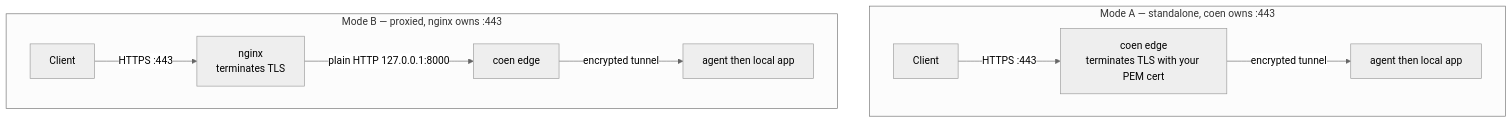
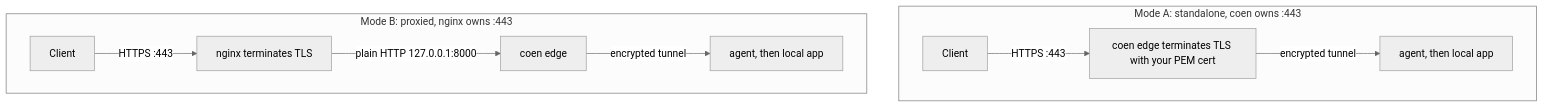
One commit to baspeters/coen changed the fourth of 4 diagrams in README.md. Above: the diagram before and after it, drawn with Mermaid (neutral theme). The commit also changed other lines of this file, not shown here.

````diff
--- a/README.md
+++ b/README.md
@@ -162,14 +152,14 @@
 ```mermaid
 flowchart TB
-    subgraph MA["Mode A — standalone, coen owns :443"]
+    subgraph MA["Mode A: standalone, coen owns :443"]
         direction LR
-        ca["Client"] -->|"HTTPS :443"| ea["coen edge<br/>terminates TLS with your PEM cert"]
-        ea -->|"encrypted tunnel"| aa["agent then local app"]
+        ca["Client"] -->|"HTTPS :443"| ea["coen edge terminates TLS with your PEM cert"]
+        ea -->|"encrypted tunnel"| aa["agent, then local app"]
     end
-    subgraph MB["Mode B — proxied, nginx owns :443"]
+    subgraph MB["Mode B: proxied, nginx owns :443"]
         direction LR
-        cb["Client"] -->|"HTTPS :443"| nb["nginx<br/>terminates TLS"]
+        cb["Client"] -->|"HTTPS :443"| nb["nginx terminates TLS"]
         nb -->|"plain HTTP 127.0.0.1:8000"| eb["coen edge"]
-        eb -->|"encrypted tunnel"| ab["agent then local app"]
+        eb -->|"encrypted tunnel"| ab["agent, then local app"]
     end
 ```
````
